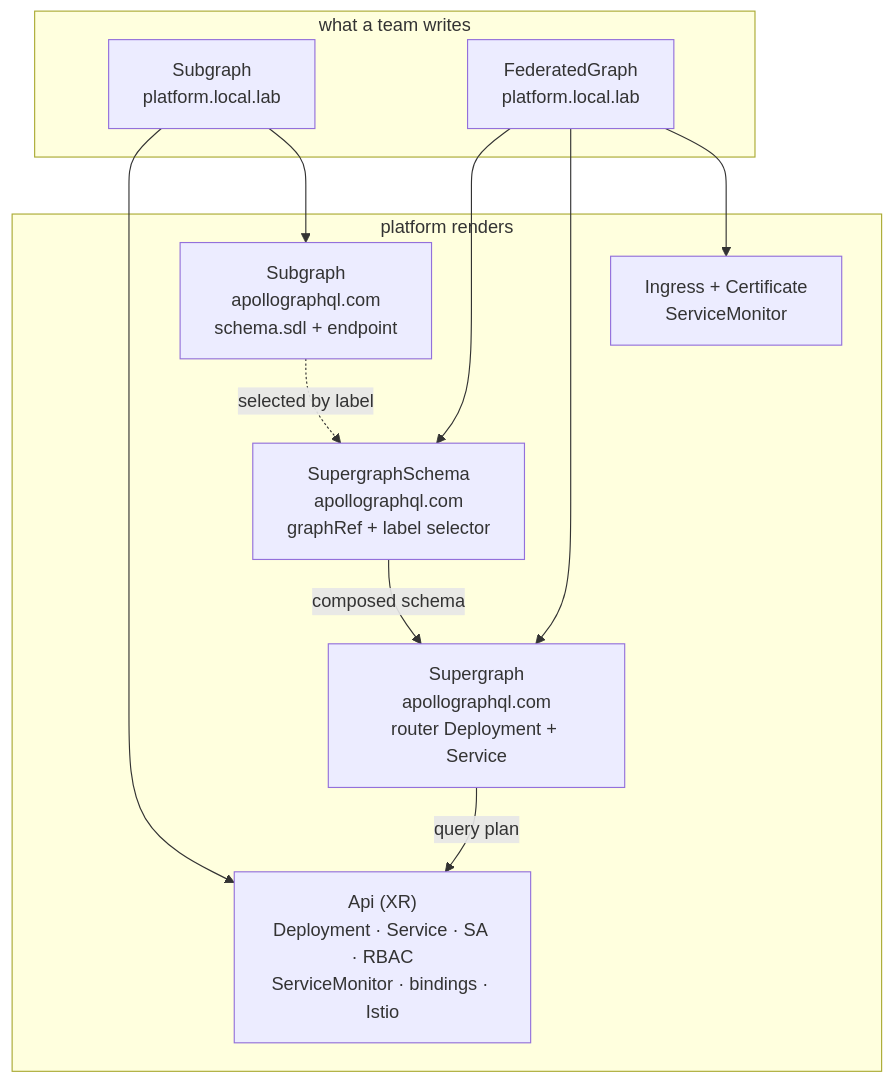
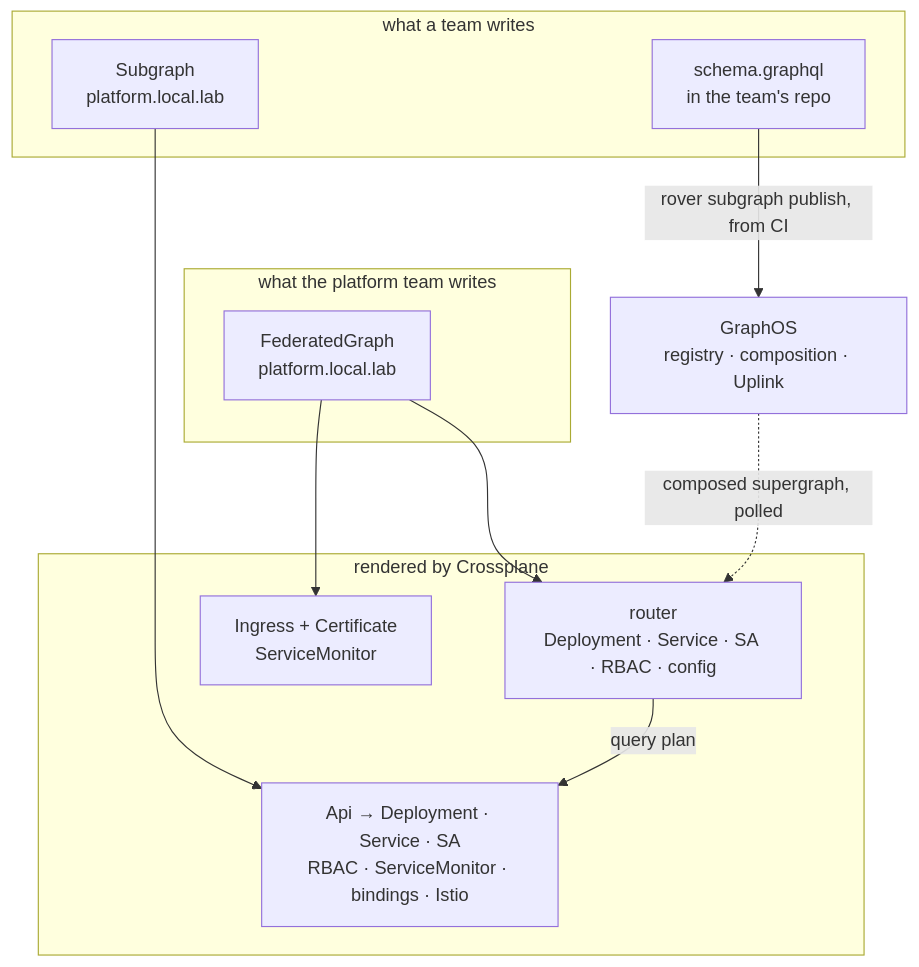
One commit to cujarrett/homelab changed the diagram in docs/platform-engineering-graph.md. Above: the diagram before and after it, drawn with Mermaid. The commit also changed other lines of this file, not shown here.

Commit message:
docs: forming graph plan

````diff
--- a/docs/platform-engineering-graph.md
+++ b/docs/platform-engineering-graph.md
@@ -222,25 +323,27 @@
 ```mermaid
 flowchart TD
-    subgraph dev["what a team writes"]
+    subgraph team["what a team writes"]
       SG["Subgraph<br/>platform.local.lab"]
-      G["FederatedGraph<br/>platform.local.lab"]
+      SCH["schema.graphql<br/>in the team's repo"]
     end
 
-    subgraph plat["platform renders"]
-      API["Api (XR)<br/>Deployment · Service · SA · RBAC<br/>ServiceMonitor · bindings · Istio"]
-      ASG["Subgraph<br/>apollographql.com<br/>schema.sdl + endpoint"]
-      SS["SupergraphSchema<br/>apollographql.com<br/>graphRef + label selector"]
-      SGR["Supergraph<br/>apollographql.com<br/>router Deployment + Service"]
+    subgraph plat["what the platform team writes"]
+      FG["FederatedGraph<br/>platform.local.lab"]
+    end
+
+    subgraph out["rendered by Crossplane"]
+      API["Api → Deployment · Service · SA<br/>RBAC · ServiceMonitor · bindings · Istio"]
+      RTR["router<br/>Deployment · Service · SA · RBAC · config"]
       ING["Ingress + Certificate<br/>ServiceMonitor"]
     end
 
+    GOS["GraphOS<br/>registry · composition · Uplink"]
+
     SG --> API
-    SG --> ASG
-    G --> SS
-    G --> SGR
-    G --> ING
+    FG --> RTR
+    FG --> ING
 
-    ASG -.->|"selected by label"| SS
-    SS -->|"composed schema"| SGR
-    SGR -->|"query plan"| API
+    SCH -->|"rover subgraph publish, from CI"| GOS
+    GOS -.->|"composed supergraph, polled"| RTR
+    RTR -->|"query plan"| API
 ```
````
